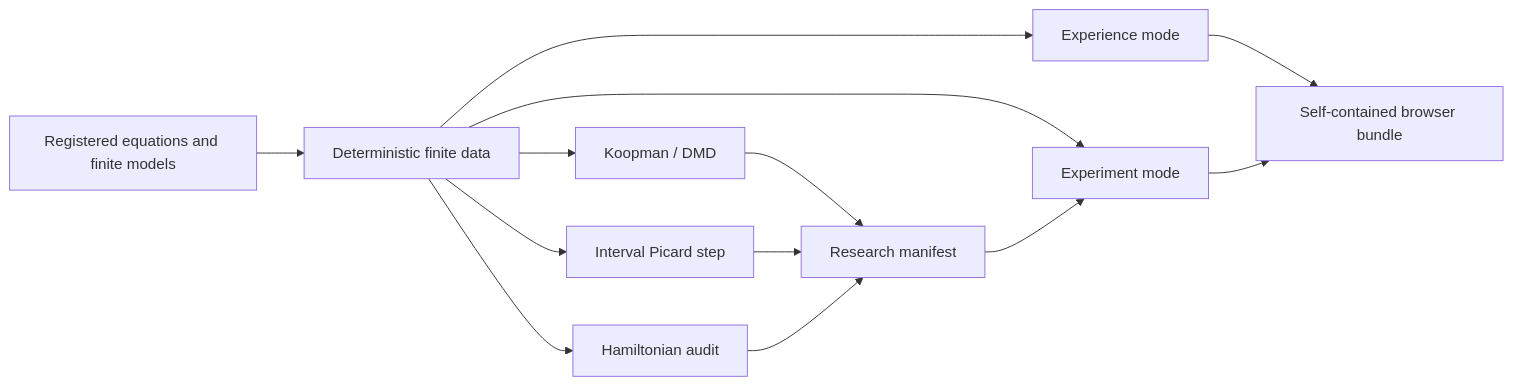
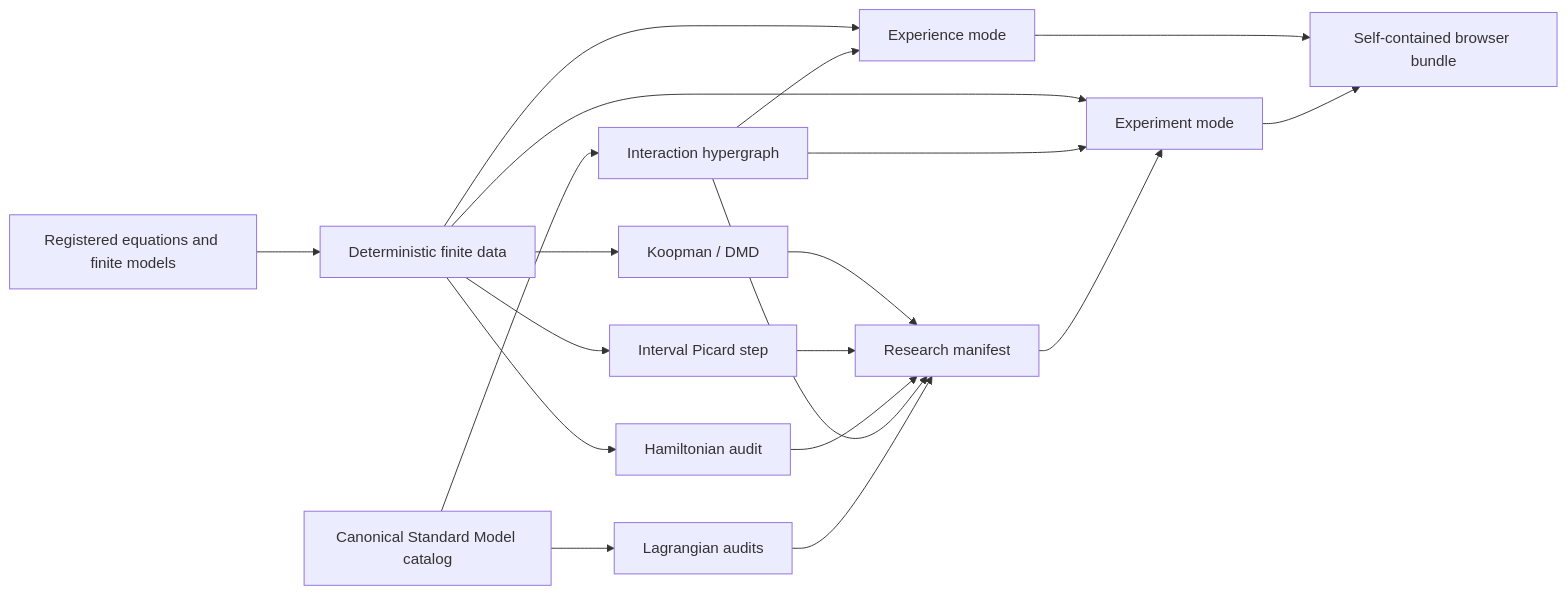
One commit to XioAISolutions/gaugegap-foundry changed the diagram in docs/foundry-experience.md. Above: the diagram before and after it, drawn with Mermaid. The commit also changed other lines of this file, not shown here.

Commit message:
docs: update Experience guide for Lagrangian Forge

````diff
--- a/docs/foundry-experience.md
+++ b/docs/foundry-experience.md
@@ -182,15 +166,21 @@
 ```mermaid
 flowchart LR
     EQ[Registered equations and finite models] --> DATA[Deterministic finite data]
+    SM[Canonical Standard Model catalog] --> GRAPH[Interaction hypergraph]
+    SM --> LA[Lagrangian audits]
     DATA --> DMD[Koopman / DMD]
     DATA --> IV[Interval Picard step]
     DATA --> HAM[Hamiltonian audit]
     DMD --> MAN[Research manifest]
     IV --> MAN
     HAM --> MAN
+    GRAPH --> MAN
+    LA --> MAN
     DATA --> EXP[Experience mode]
     DATA --> LAB[Experiment mode]
+    GRAPH --> EXP
+    GRAPH --> LAB
     MAN --> LAB
     EXP --> SITE[Self-contained browser bundle]
     LAB --> SITE
 ```
````
